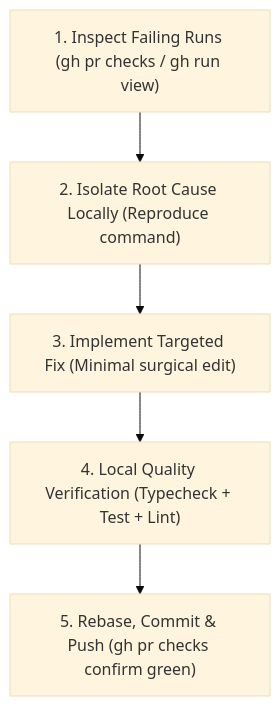
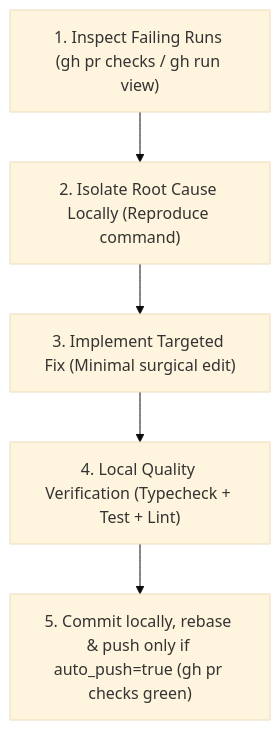
Before and after one commit to beer-sakthai/Sak-Family-Agent: the diagram in .agents/skills/ci-cd-doctor/SKILL.md, drawn with Mermaid (base theme). The commit also changed other lines of this file and 1 other file, not shown here.

````diff
--- a/.agents/skills/ci-cd-doctor/SKILL.md
+++ b/.agents/skills/ci-cd-doctor/SKILL.md
@@ -19,7 +45,7 @@
 ```mermaid
 flowchart TD
     A["1. Inspect Failing Runs (gh pr checks / gh run view)"] --> B["2. Isolate Root Cause Locally (Reproduce command)"]
     B --> C["3. Implement Targeted Fix (Minimal surgical edit)"]
     C --> D["4. Local Quality Verification (Typecheck + Test + Lint)"]
-    D --> E["5. Rebase, Commit & Push (gh pr checks confirm green)"]
+    D --> E["5. Commit locally, rebase & push only if auto_push=true (gh pr checks green)"]
 ```
````
